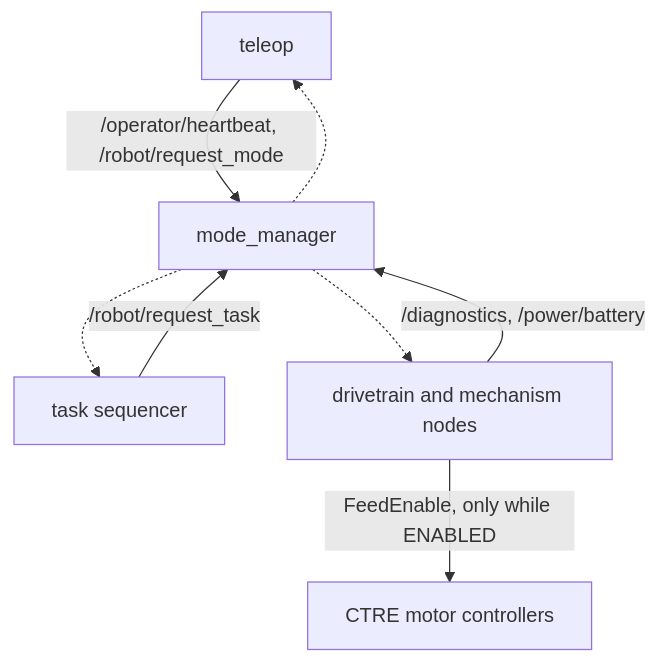
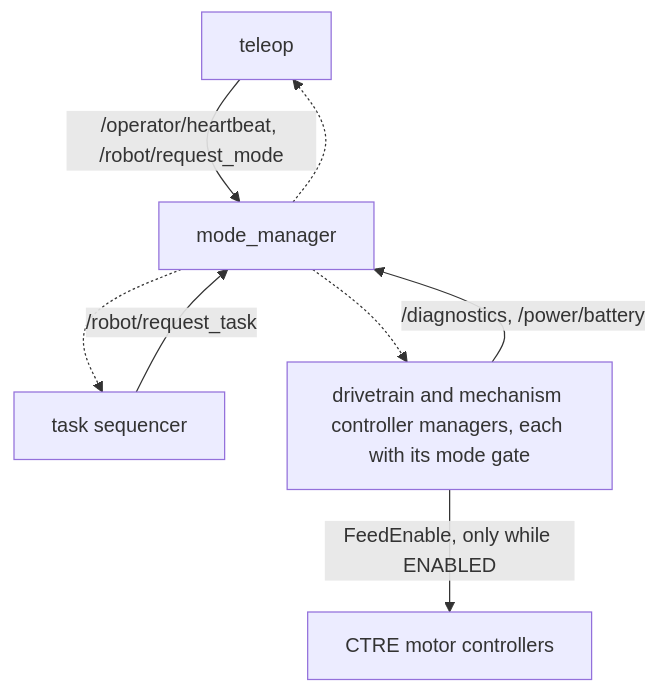
Before and after one commit to STAR-Robotics-Team/starrt-luna-software: the third of 3 diagrams in docs/design/operating-modes.md, drawn with Mermaid. The commit also changed other lines of this file and 10 other files, not shown here.

````diff
--- a/docs/design/operating-modes.md
+++ b/docs/design/operating-modes.md
@@ -415,10 +450,10 @@
 ```mermaid
 flowchart TB
   teleop[teleop] -- "/operator/heartbeat, /robot/request_mode" --> mm[mode_manager]
   seq[task sequencer] -- /robot/request_task --> mm
   mm -.-> teleop
   mm -.-> seq
-  mm -.-> hw[drivetrain and mechanism nodes]
+  mm -.-> hw["drivetrain and mechanism controller managers, each with its mode gate"]
   hw -- "/diagnostics, /power/battery" --> mm
   hw -- FeedEnable, only while ENABLED --> ctre[CTRE motor controllers]
 ```
````
